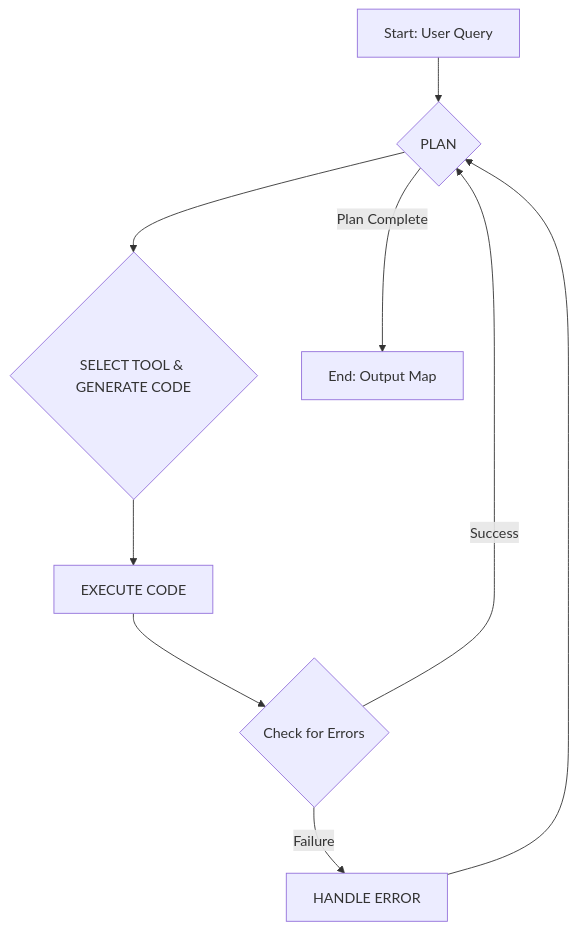
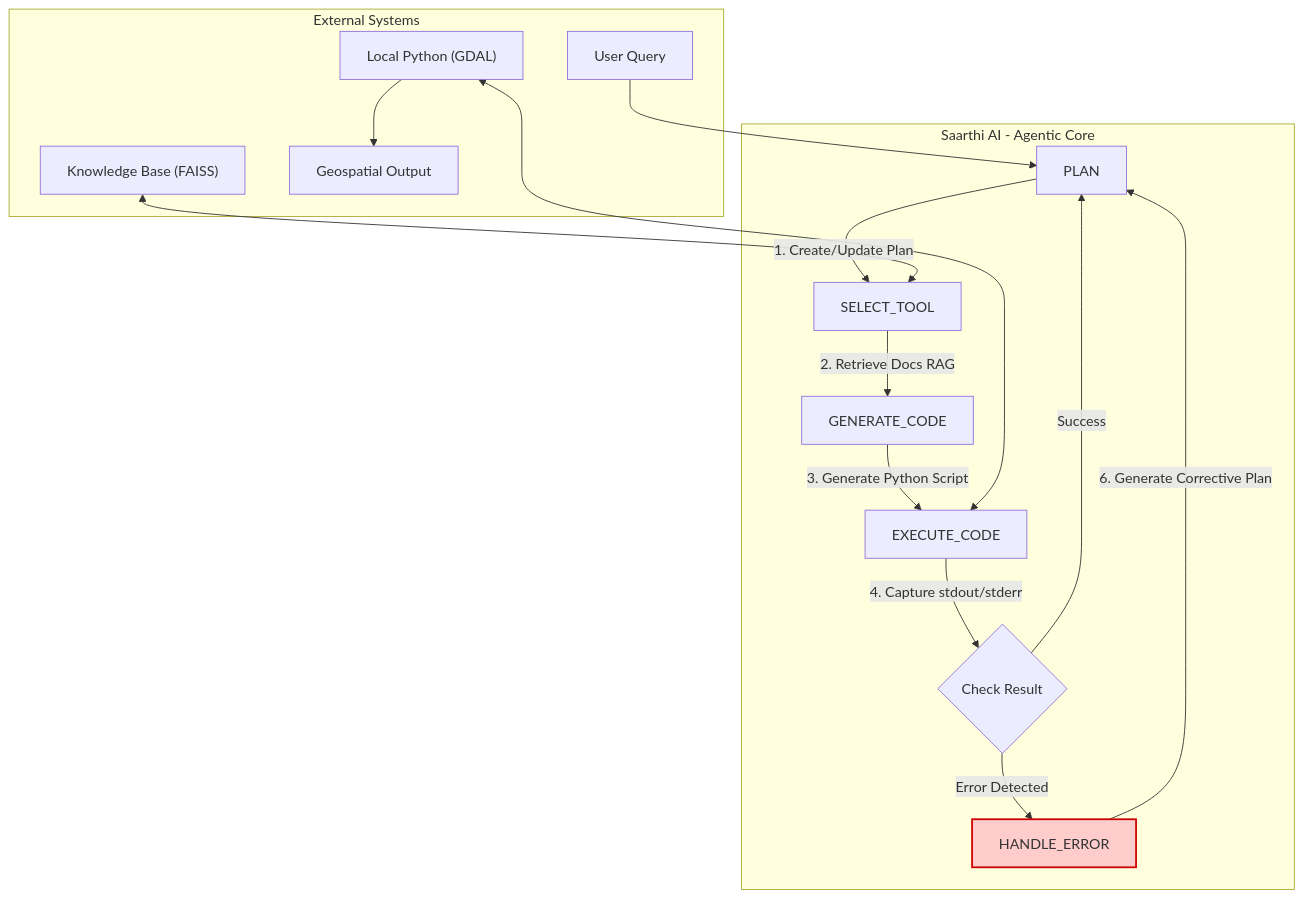
The diagram in README.md (NandiniBytes/saarthi-ai), drawn with Mermaid before and after one commit. The commit also changed other lines of this file, not shown here.

`````diff
--- a/README.md
+++ b/README.md
@@ -43,11 +43,21 @@
 ```mermaid
 graph TD
-    A[Start: User Query] --> B{PLAN};
-    B --> C{SELECT TOOL & GENERATE CODE};
-    C --> D[EXECUTE CODE];
-    D --> E{Check for Errors};
-    E -- Success --> B;
-    E -- Failure --> F[HANDLE ERROR];
-    F --> B;
-    B -- Plan Complete --> G[End: Output Map];
-````
+    subgraph "Saarthi AI - Agentic Core"
+        A[PLAN] -->|1. Create/Update Plan| B[SELECT_TOOL]
+        B -->|2. Retrieve Docs RAG| C[GENERATE_CODE]
+        C -->|3. Generate Python Script| D[EXECUTE_CODE]
+        D -->|4. Capture stdout/stderr| E{Check Result}
+        E -- Success --> A
+        E -- Error Detected --> F[HANDLE_ERROR]
+        F -->|6. Generate Corrective Plan| A
+    end
+    
+    subgraph "External Systems"
+        User[User Query] --> A
+        RAG["Knowledge Base (FAISS)"] <--> B
+        Sandbox["Local Python (GDAL)"] <--> D
+        Sandbox --> Output["Geospatial Output"]
+    end
+
+    style F fill:#ffcccc,stroke:#cc0000,stroke-width:2px
+```
`````
